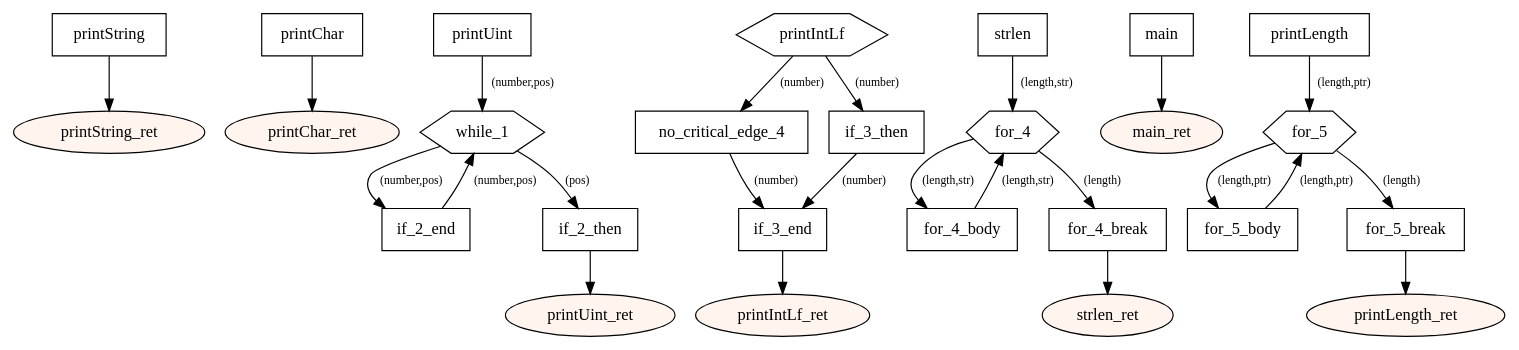
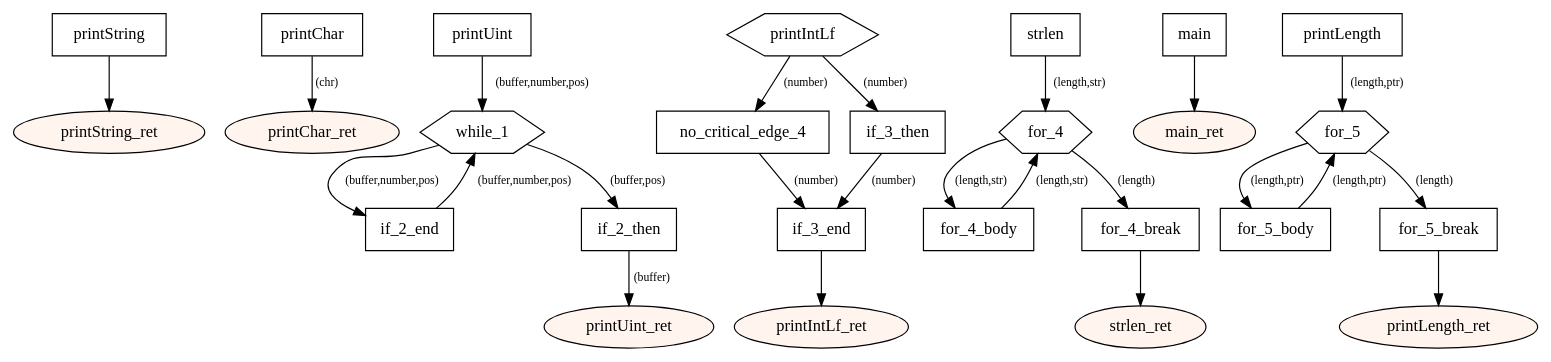
Before and after one commit to tmssngr/tinyC: the diagram in src/main/resources-test/strings.dot, drawn with Graphviz. The commit also changed 41 other files, not shown here.

```diff
--- a/src/main/resources-test/strings.dot
+++ b/src/main/resources-test/strings.dot
@@ -1,66 +1,66 @@
 digraph program {
 	edge[fontsize="10pt"];
 	subgraph fn_printString {
 		BasicBlock_0_printString [label="printString",shape=box];
 		BasicBlock_0_printString -> BasicBlock_0_printString_ret;
 		BasicBlock_0_printString_ret [label="printString_ret",shape=oval,style=filled,fillcolor="#fff5ee"];
 	}
 	subgraph fn_printChar {
 		BasicBlock_1_printChar [label="printChar",shape=box];
-		BasicBlock_1_printChar -> BasicBlock_1_printChar_ret;
+		BasicBlock_1_printChar -> BasicBlock_1_printChar_ret [label="(chr)"];
 		BasicBlock_1_printChar_ret [label="printChar_ret",shape=oval,style=filled,fillcolor="#fff5ee"];
 	}
 	subgraph fn_printUint {
 		BasicBlock_2_printUint [label="printUint",shape=box];
-		BasicBlock_2_printUint -> BasicBlock_2_while_1 [label="(number,pos)"];
+		BasicBlock_2_printUint -> BasicBlock_2_while_1 [label="(buffer,number,pos)"];
 		BasicBlock_2_if_2_end [label="if_2_end",shape=box];
-		BasicBlock_2_if_2_end -> BasicBlock_2_while_1 [label="(number,pos)"];
+		BasicBlock_2_if_2_end -> BasicBlock_2_while_1 [label="(buffer,number,pos)"];
 		BasicBlock_2_while_1 [label="while_1",shape=hexagon];
-		BasicBlock_2_while_1 -> BasicBlock_2_if_2_end [label="(number,pos)"];
-		BasicBlock_2_while_1 -> BasicBlock_2_if_2_then [label="(pos)"];
+		BasicBlock_2_while_1 -> BasicBlock_2_if_2_end [label="(buffer,number,pos)"];
+		BasicBlock_2_while_1 -> BasicBlock_2_if_2_then [label="(buffer,pos)"];
 		BasicBlock_2_if_2_then [label="if_2_then",shape=box];
-		BasicBlock_2_if_2_then -> BasicBlock_2_printUint_ret;
+		BasicBlock_2_if_2_then -> BasicBlock_2_printUint_ret [label="(buffer)"];
 		BasicBlock_2_printUint_ret [label="printUint_ret",shape=oval,style=filled,fillcolor="#fff5ee"];
 	}
 	subgraph fn_printIntLf {
 		BasicBlock_3_printIntLf [label="printIntLf",shape=hexagon];
 		BasicBlock_3_printIntLf -> BasicBlock_3_no_critical_edge_4 [label="(number)"];
 		BasicBlock_3_printIntLf -> BasicBlock_3_if_3_then [label="(number)"];
 		BasicBlock_3_no_critical_edge_4 [label="no_critical_edge_4",shape=box];
 		BasicBlock_3_no_critical_edge_4 -> BasicBlock_3_if_3_end [label="(number)"];
 		BasicBlock_3_if_3_then [label="if_3_then",shape=box];
 		BasicBlock_3_if_3_then -> BasicBlock_3_if_3_end [label="(number)"];
 		BasicBlock_3_if_3_end [label="if_3_end",shape=box];
 		BasicBlock_3_if_3_end -> BasicBlock_3_printIntLf_ret;
 		BasicBlock_3_printIntLf_ret [label="printIntLf_ret",shape=oval,style=filled,fillcolor="#fff5ee"];
 	}
 	subgraph fn_strlen {
 		BasicBlock_4_strlen [label="strlen",shape=box];
 		BasicBlock_4_strlen -> BasicBlock_4_for_4 [label="(length,str)"];
 		BasicBlock_4_for_4_body [label="for_4_body",shape=box];
 		BasicBlock_4_for_4_body -> BasicBlock_4_for_4 [label="(length,str)"];
 		BasicBlock_4_for_4 [label="for_4",shape=hexagon];
 		BasicBlock_4_for_4 -> BasicBlock_4_for_4_break [label="(length)"];
 		BasicBlock_4_for_4 -> BasicBlock_4_for_4_body [label="(length,str)"];
 		BasicBlock_4_for_4_break [label="for_4_break",shape=box];
 		BasicBlock_4_for_4_break -> BasicBlock_4_strlen_ret;
 		BasicBlock_4_strlen_ret [label="strlen_ret",shape=oval,style=filled,fillcolor="#fff5ee"];
 	}
 	subgraph fn_main {
 		BasicBlock_5_main [label="main",shape=box];
 		BasicBlock_5_main -> BasicBlock_5_main_ret;
 		BasicBlock_5_main_ret [label="main_ret",shape=oval,style=filled,fillcolor="#fff5ee"];
 	}
 	subgraph fn_printLength {
 		BasicBlock_6_printLength [label="printLength",shape=box];
 		BasicBlock_6_printLength -> BasicBlock_6_for_5 [label="(length,ptr)"];
 		BasicBlock_6_for_5_body [label="for_5_body",shape=box];
 		BasicBlock_6_for_5_body -> BasicBlock_6_for_5 [label="(length,ptr)"];
 		BasicBlock_6_for_5 [label="for_5",shape=hexagon];
 		BasicBlock_6_for_5 -> BasicBlock_6_for_5_break [label="(length)"];
 		BasicBlock_6_for_5 -> BasicBlock_6_for_5_body [label="(length,ptr)"];
 		BasicBlock_6_for_5_break [label="for_5_break",shape=box];
 		BasicBlock_6_for_5_break -> BasicBlock_6_printLength_ret;
 		BasicBlock_6_printLength_ret [label="printLength_ret",shape=oval,style=filled,fillcolor="#fff5ee"];
 	}
 }
```
